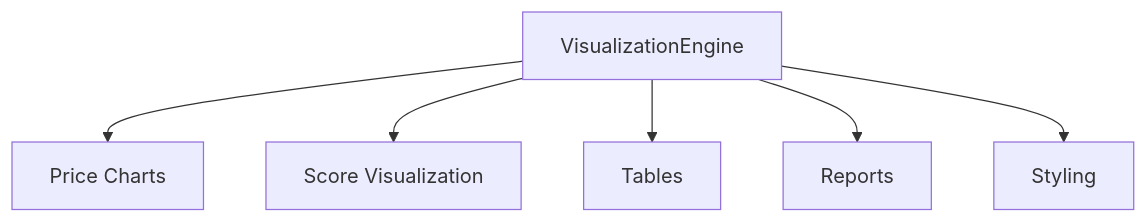
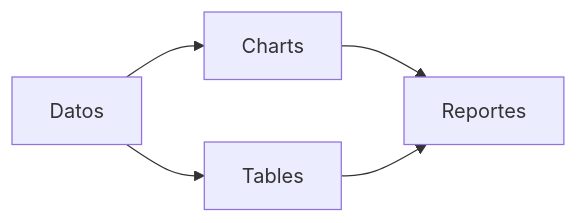
One commit to Romequinco/Sistema-De-Analisis-Financiero changed the diagram in src/final/visualization/visualization.md. Above: the diagram before and after it, drawn with Mermaid. The commit also changed other lines of this file and 16 other files, not shown here.

````diff
--- a/src/final/visualization/visualization.md
+++ b/src/final/visualization/visualization.md
@@ -29,8 +21,7 @@
 ```mermaid
-flowchart TB
-    A[VisualizationEngine] --> B[Price Charts]
-    A --> C[Score Visualization]
-    A --> D[Tables]
-    A --> E[Reports]
-    A --> F[Styling]
+flowchart LR
+    A[Datos] --> B[Charts]
+    A --> C[Tables]
+    B --> D[Reportes]
+    C --> D
 ```
````
